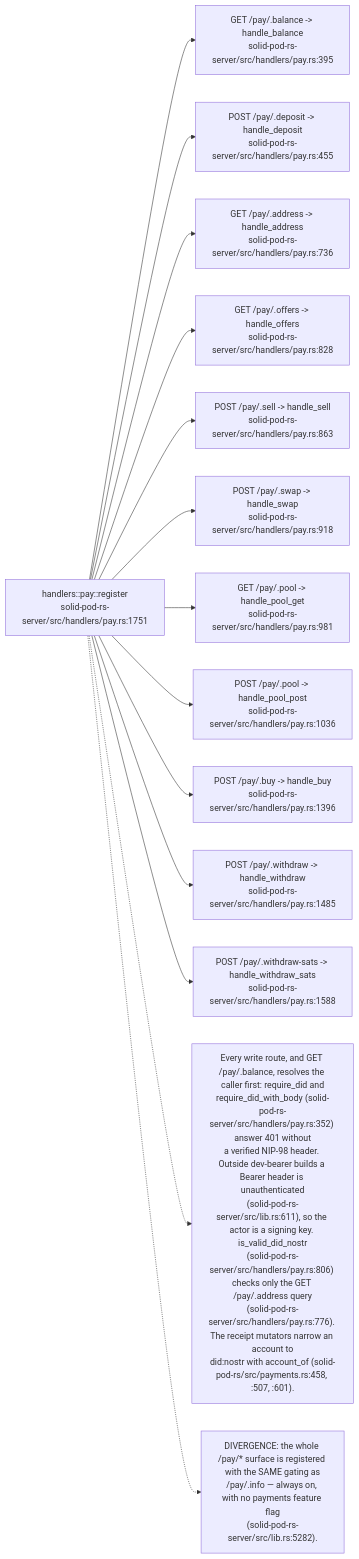
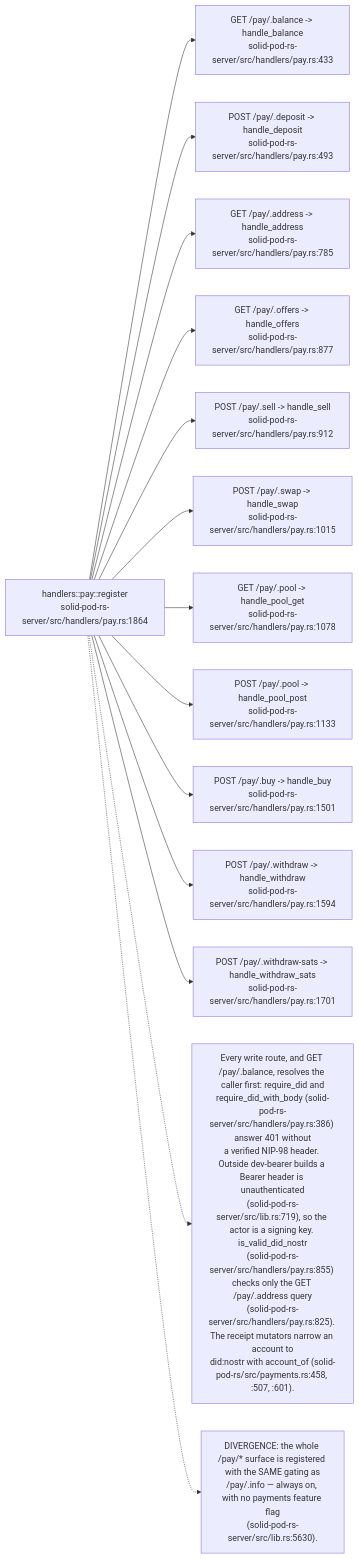
Diagram 13 of 19 in docs/diagrams/solid-pod-rs/07-provenance-and-payments.md (DreamLab-AI/VisionFlow), drawn with Mermaid before and after one commit. The commit also changed other lines of this file and 59 other files, not shown here.

First line of the commit message:
docs(diagrams): re-derive and re-stamp forum, website, pod, ontomark and sealmap topics

````diff
--- a/docs/diagrams/solid-pod-rs/07-provenance-and-payments.md
+++ b/docs/diagrams/solid-pod-rs/07-provenance-and-payments.md
@@ -370,32 +370,32 @@
 ```mermaid
 flowchart LR
-    REG["handlers::pay::register<br/>solid-pod-rs-server/src/handlers/pay.rs:1751"]
-    BAL["GET /pay/.balance -> handle_balance<br/>solid-pod-rs-server/src/handlers/pay.rs:395"]
-    DEP["POST /pay/.deposit -> handle_deposit<br/>solid-pod-rs-server/src/handlers/pay.rs:455"]
-    ADDR["GET /pay/.address -> handle_address<br/>solid-pod-rs-server/src/handlers/pay.rs:736"]
-    OFF["GET /pay/.offers -> handle_offers<br/>solid-pod-rs-server/src/handlers/pay.rs:828"]
-    SELL["POST /pay/.sell -> handle_sell<br/>solid-pod-rs-server/src/handlers/pay.rs:863"]
-    SWAP["POST /pay/.swap -> handle_swap<br/>solid-pod-rs-server/src/handlers/pay.rs:918"]
-    POOLG["GET /pay/.pool -> handle_pool_get<br/>solid-pod-rs-server/src/handlers/pay.rs:981"]
-    POOLP["POST /pay/.pool -> handle_pool_post<br/>solid-pod-rs-server/src/handlers/pay.rs:1036"]
-    BUY["POST /pay/.buy -> handle_buy<br/>solid-pod-rs-server/src/handlers/pay.rs:1396"]
-    WD["POST /pay/.withdraw -> handle_withdraw<br/>solid-pod-rs-server/src/handlers/pay.rs:1485"]
-    WDS["POST /pay/.withdraw-sats -> handle_withdraw_sats<br/>solid-pod-rs-server/src/handlers/pay.rs:1588"]
+    REG["handlers::pay::register<br/>solid-pod-rs-server/src/handlers/pay.rs:1864"]
+    BAL["GET /pay/.balance -> handle_balance<br/>solid-pod-rs-server/src/handlers/pay.rs:433"]
+    DEP["POST /pay/.deposit -> handle_deposit<br/>solid-pod-rs-server/src/handlers/pay.rs:493"]
+    ADDR["GET /pay/.address -> handle_address<br/>solid-pod-rs-server/src/handlers/pay.rs:785"]
+    OFF["GET /pay/.offers -> handle_offers<br/>solid-pod-rs-server/src/handlers/pay.rs:877"]
+    SELL["POST /pay/.sell -> handle_sell<br/>solid-pod-rs-server/src/handlers/pay.rs:912"]
+    SWAP["POST /pay/.swap -> handle_swap<br/>solid-pod-rs-server/src/handlers/pay.rs:1015"]
+    POOLG["GET /pay/.pool -> handle_pool_get<br/>solid-pod-rs-server/src/handlers/pay.rs:1078"]
+    POOLP["POST /pay/.pool -> handle_pool_post<br/>solid-pod-rs-server/src/handlers/pay.rs:1133"]
+    BUY["POST /pay/.buy -> handle_buy<br/>solid-pod-rs-server/src/handlers/pay.rs:1501"]
+    WD["POST /pay/.withdraw -> handle_withdraw<br/>solid-pod-rs-server/src/handlers/pay.rs:1594"]
+    WDS["POST /pay/.withdraw-sats -> handle_withdraw_sats<br/>solid-pod-rs-server/src/handlers/pay.rs:1701"]
 
     REG --> BAL
     REG --> DEP
     REG --> ADDR
     REG --> OFF
     REG --> SELL
     REG --> SWAP
     REG --> POOLG
     REG --> POOLP
     REG --> BUY
     REG --> WD
     REG --> WDS
 
-    N["Every write route, and GET /pay/.balance, resolves the caller first: require_did and<br/>require_did_with_body (solid-pod-rs-server/src/handlers/pay.rs:352) answer 401 without<br/>a verified NIP-98 header. Outside dev-bearer builds a Bearer header is unauthenticated<br/>(solid-pod-rs-server/src/lib.rs:611), so the actor is a signing key. is_valid_did_nostr<br/>(solid-pod-rs-server/src/handlers/pay.rs:806) checks only the GET /pay/.address query<br/>(solid-pod-rs-server/src/handlers/pay.rs:776). The receipt mutators narrow an account to<br/>did:nostr with account_of (solid-pod-rs/src/payments.rs:458, :507, :601)."]
+    N["Every write route, and GET /pay/.balance, resolves the caller first: require_did and<br/>require_did_with_body (solid-pod-rs-server/src/handlers/pay.rs:386) answer 401 without<br/>a verified NIP-98 header. Outside dev-bearer builds a Bearer header is unauthenticated<br/>(solid-pod-rs-server/src/lib.rs:719), so the actor is a signing key. is_valid_did_nostr<br/>(solid-pod-rs-server/src/handlers/pay.rs:855) checks only the GET /pay/.address query<br/>(solid-pod-rs-server/src/handlers/pay.rs:825). The receipt mutators narrow an account to<br/>did:nostr with account_of (solid-pod-rs/src/payments.rs:458, :507, :601)."]
     REG -.-> N
-    N2["DIVERGENCE: the whole /pay/* surface is registered with the SAME gating as<br/>/pay/.info — always on, with no payments feature flag<br/>(solid-pod-rs-server/src/lib.rs:5282)."]
+    N2["DIVERGENCE: the whole /pay/* surface is registered with the SAME gating as<br/>/pay/.info — always on, with no payments feature flag<br/>(solid-pod-rs-server/src/lib.rs:5630)."]
     REG -.-> N2
 ```
````
